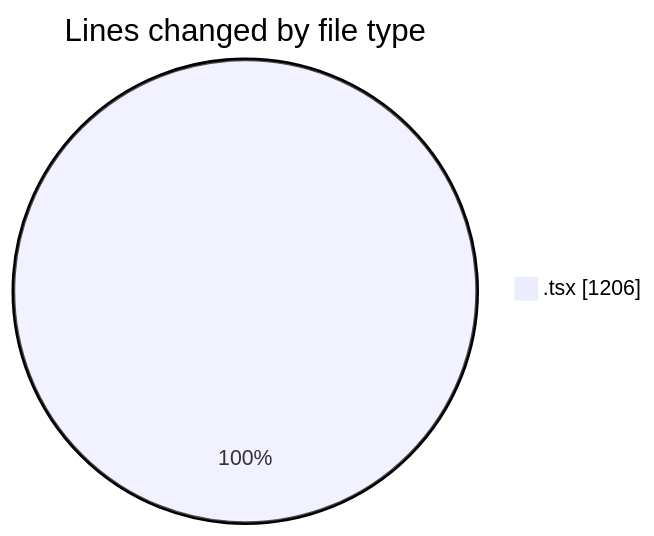
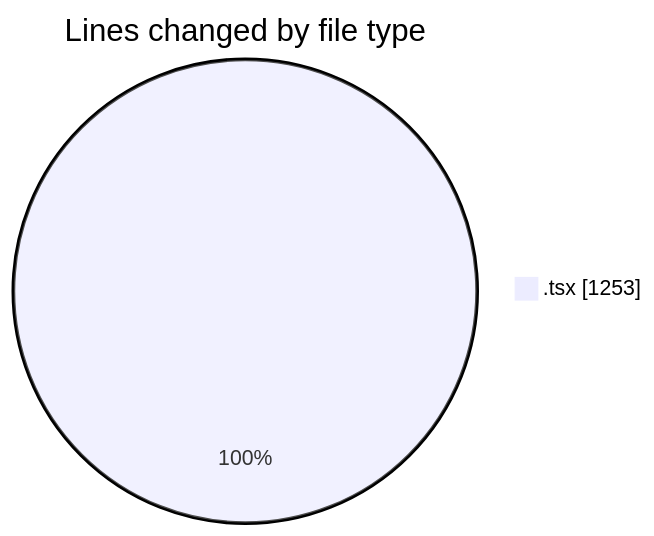
One commit to momahboobian/code-tracking changed the first of 2 diagrams in 2025-09-30/cda/README.md. Above: the diagram before and after it, drawn with Mermaid. The commit also changed other lines of this file and 1 other file, not shown here.

````diff
--- a/2025-09-30/cda/README.md
+++ b/2025-09-30/cda/README.md
@@ -21,5 +21,5 @@
 ```mermaid
 pie showData
 title Lines changed by file type
-".tsx" : 1206
+".tsx" : 1253
 ```
````
